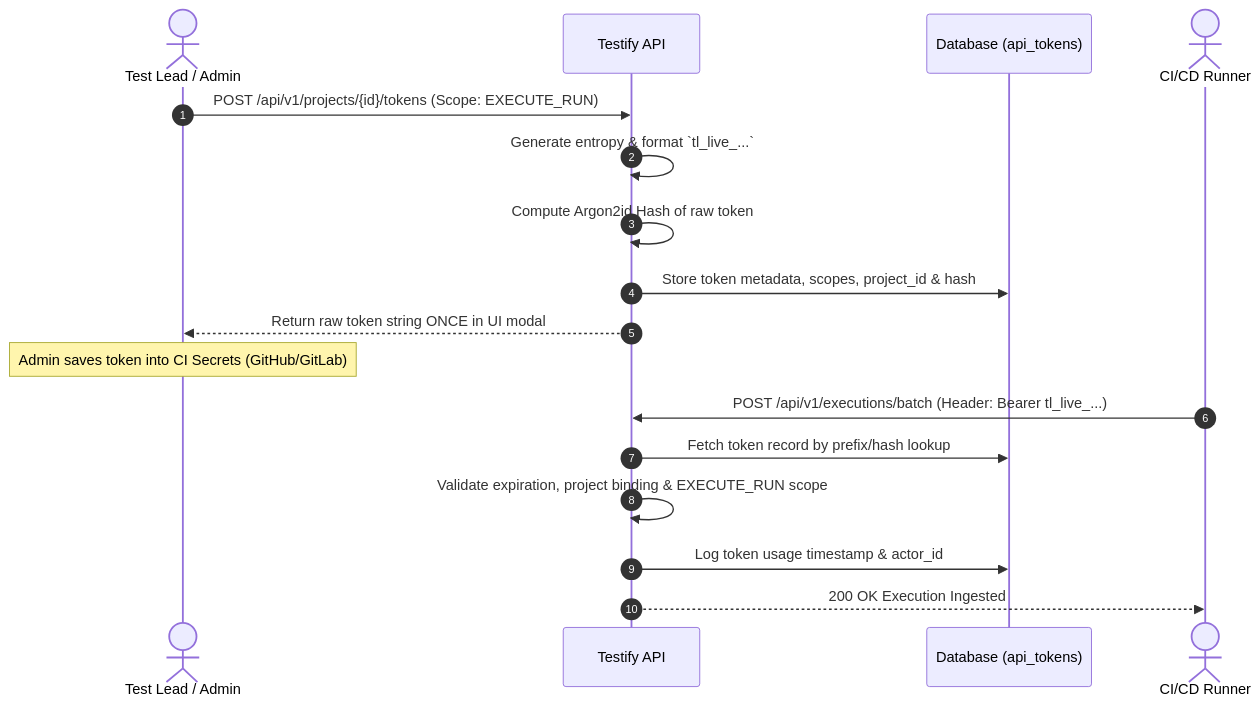
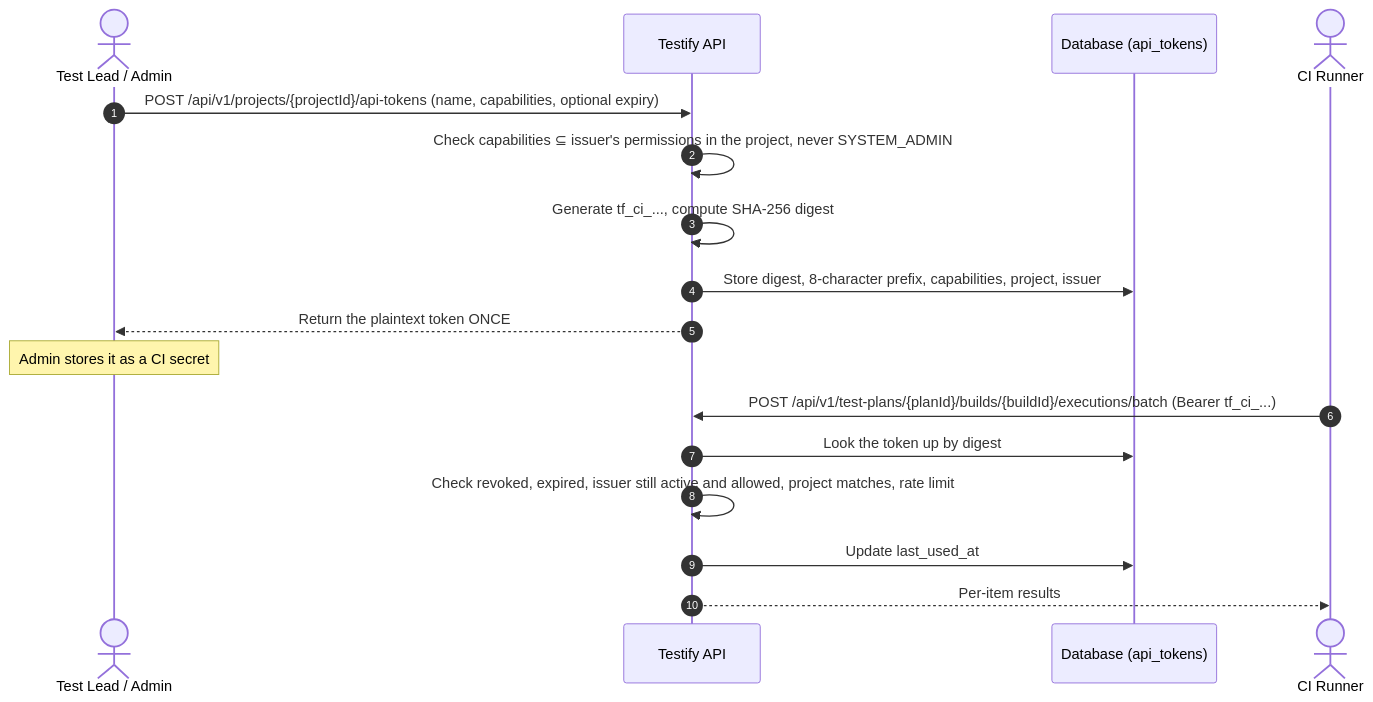
Before and after one commit to ElliotNewtonMiller/Testify: the second of 4 diagrams in docs/rfc_04_rbac_security_matrix.md, drawn with Mermaid. The commit also changed other lines of this file and 16 other files, not shown here.

````diff
--- a/docs/rfc_04_rbac_security_matrix.md
+++ b/docs/rfc_04_rbac_security_matrix.md
@@ -162,21 +170,21 @@
 ```mermaid
 sequenceDiagram
     autonumber
     actor Admin as Test Lead / Admin
     participant System as Testify API
     participant DB as Database (api_tokens)
-    actor Runner as CI/CD Runner
+    actor Runner as CI Runner
 
-    Admin->>System: POST /api/v1/projects/{id}/tokens (Scope: EXECUTE_RUN)
-    System->>System: Generate entropy & format `tl_live_...`
-    System->>System: Compute Argon2id Hash of raw token
-    System->>DB: Store token metadata, scopes, project_id & hash
-    System-->>Admin: Return raw token string ONCE in UI modal
-    Note over Admin: Admin saves token into CI Secrets (GitHub/GitLab)
+    Admin->>System: POST /api/v1/projects/{projectId}/api-tokens (name, capabilities, optional expiry)
+    System->>System: Check capabilities ⊆ issuer's permissions in the project, never SYSTEM_ADMIN
+    System->>System: Generate tf_ci_..., compute SHA-256 digest
+    System->>DB: Store digest, 8-character prefix, capabilities, project, issuer
+    System-->>Admin: Return the plaintext token ONCE
+    Note over Admin: Admin stores it as a CI secret
 
-    Runner->>System: POST /api/v1/executions/batch (Header: Bearer tl_live_...)
-    System->>DB: Fetch token record by prefix/hash lookup
-    System->>System: Validate expiration, project binding & EXECUTE_RUN scope
-    System->>DB: Log token usage timestamp & actor_id
-    System-->>Runner: 200 OK Execution Ingested
+    Runner->>System: POST /api/v1/test-plans/{planId}/builds/{buildId}/executions/batch (Bearer tf_ci_...)
+    System->>DB: Look the token up by digest
+    System->>System: Check revoked, expired, issuer still active and allowed, project matches, rate limit
+    System->>DB: Update last_used_at
+    System-->>Runner: Per-item results
 ```
````
